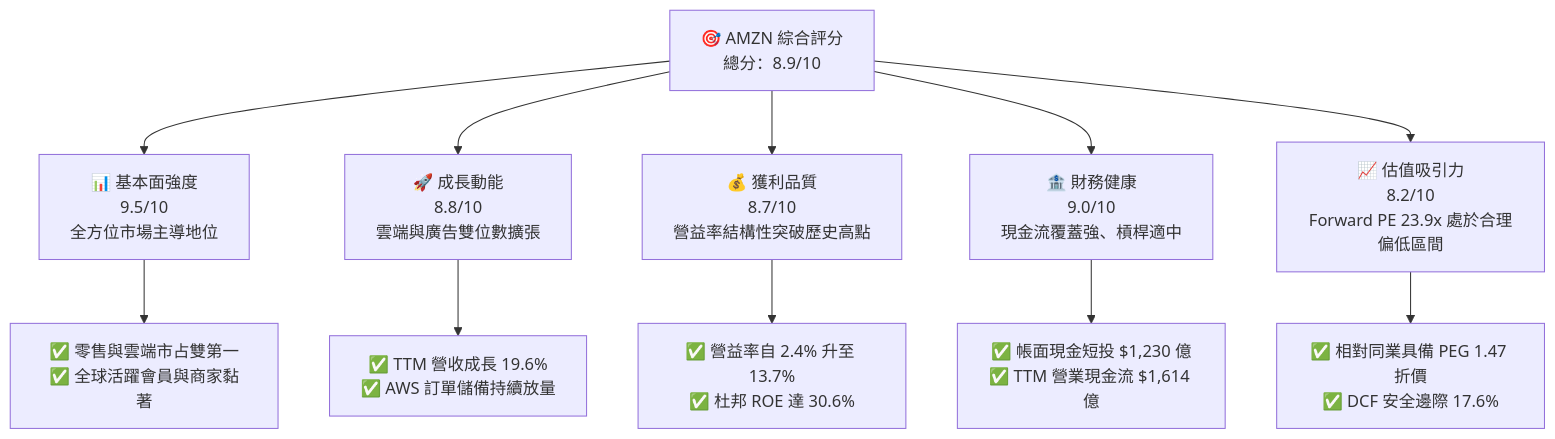
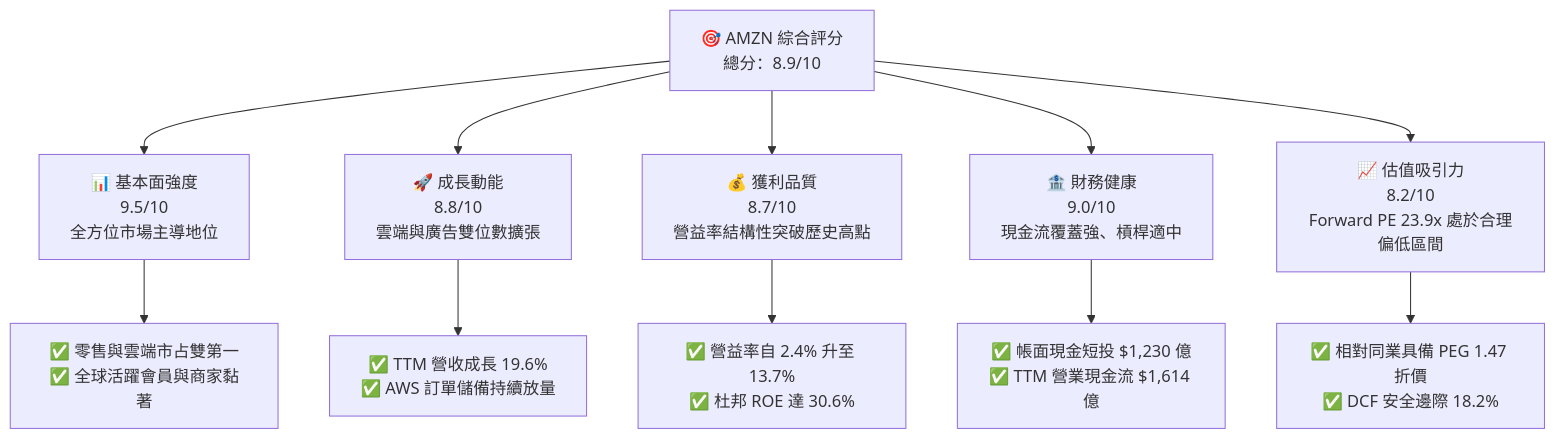
The first of 15 diagrams in ai_gen_report/fundamental/amzn/fundamental_analysis_2026-10-16_gemini.md (yennanliu/finance_data), drawn with Mermaid before and after one commit. The commit also changed other lines of this file and 339 other files, not shown here.

````diff
--- a/ai_gen_report/fundamental/amzn/fundamental_analysis_2026-10-16_gemini.md
+++ b/ai_gen_report/fundamental/amzn/fundamental_analysis_2026-10-16_gemini.md
@@ -58,22 +65,22 @@
 ```mermaid
 graph TD
     AMZN["🎯 AMZN 綜合評分<br/>總分：8.9/10"]
 
     F["📊 基本面強度<br/>9.5/10<br/>全方位市場主導地位"]
     G["🚀 成長動能<br/>8.8/10<br/>雲端與廣告雙位數擴張"]
     P["💰 獲利品質<br/>8.7/10<br/>營益率結構性突破歷史高點"]
     B["🏦 財務健康<br/>9.0/10<br/>現金流覆蓋強、槓桿適中"]
     V["📈 估值吸引力<br/>8.2/10<br/>Forward PE 23.9x 處於合理偏低區間"]
 
     AMZN --> F
     AMZN --> G
     AMZN --> P
     AMZN --> B
     AMZN --> V
 
     F --> F1["✅ 零售與雲端市占雙第一<br/>✅ 全球活躍會員與商家黏著"]
     G --> G1["✅ TTM 營收成長 19.6%<br/>✅ AWS 訂單儲備持續放量"]
     P --> P1["✅ 營益率自 2.4% 升至 13.7%<br/>✅ 杜邦 ROE 達 30.6%"]
     B --> B1["✅ 帳面現金短投 $1,230 億<br/>✅ TTM 營業現金流 $1,614 億"]
-    V --> V1["✅ 相對同業具備 PEG 1.47 折價<br/>✅ DCF 安全邊際 17.6%"]
+    V --> V1["✅ 相對同業具備 PEG 1.47 折價<br/>✅ DCF 安全邊際 18.2%"]
 ```
````
